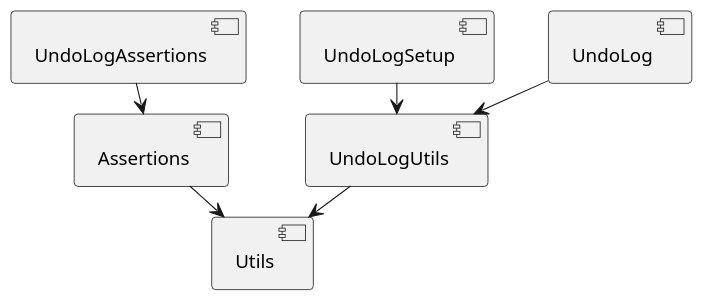
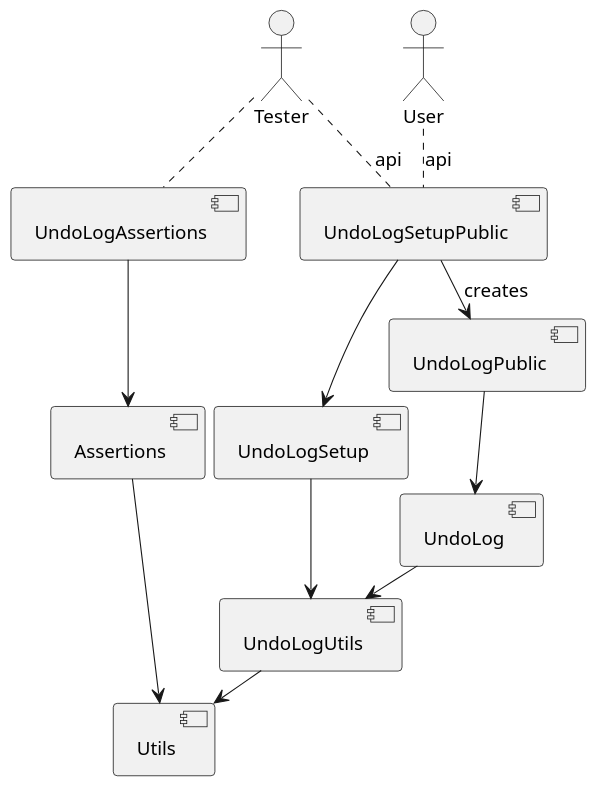
One commit to Lotes/sqlite-undo-log changed the diagram in docs/architecture.puml. Above: the diagram before and after it, drawn with PlantUML. The commit also changed 14 other files, not shown here.

```diff
--- a/docs/architecture.puml
+++ b/docs/architecture.puml
@@ -1,21 +1,32 @@
 skinparam monochrome true
 skinparam ranksep 20
 skinparam dpi 150
 skinparam arrowThickness 0.7
 skinparam packageTitleAlignment left
 skinparam usecaseBorderThickness 0.4
 skinparam defaultFontSize 12
 skinparam rectangleBorderThickness 1
 
 component Utils
 component Assertions
 component UndoLogUtils
 component UndoLogAssertions
 component UndoLogSetup
 component UndoLog
+component UndoLogPublic
+component UndoLogSetupPublic
+actor User
+actor Tester
 
 Assertions --> Utils
 UndoLogUtils --> Utils
 UndoLogAssertions --> Assertions
 UndoLogSetup --> UndoLogUtils
 UndoLog --> UndoLogUtils
+UndoLogPublic --> UndoLog
+UndoLogSetupPublic --> UndoLogSetup
+UndoLogSetupPublic --> UndoLogPublic : creates
+
+Tester .. UndoLogSetupPublic : api 
+Tester .. UndoLogAssertions
+User .. UndoLogSetupPublic : api
```
